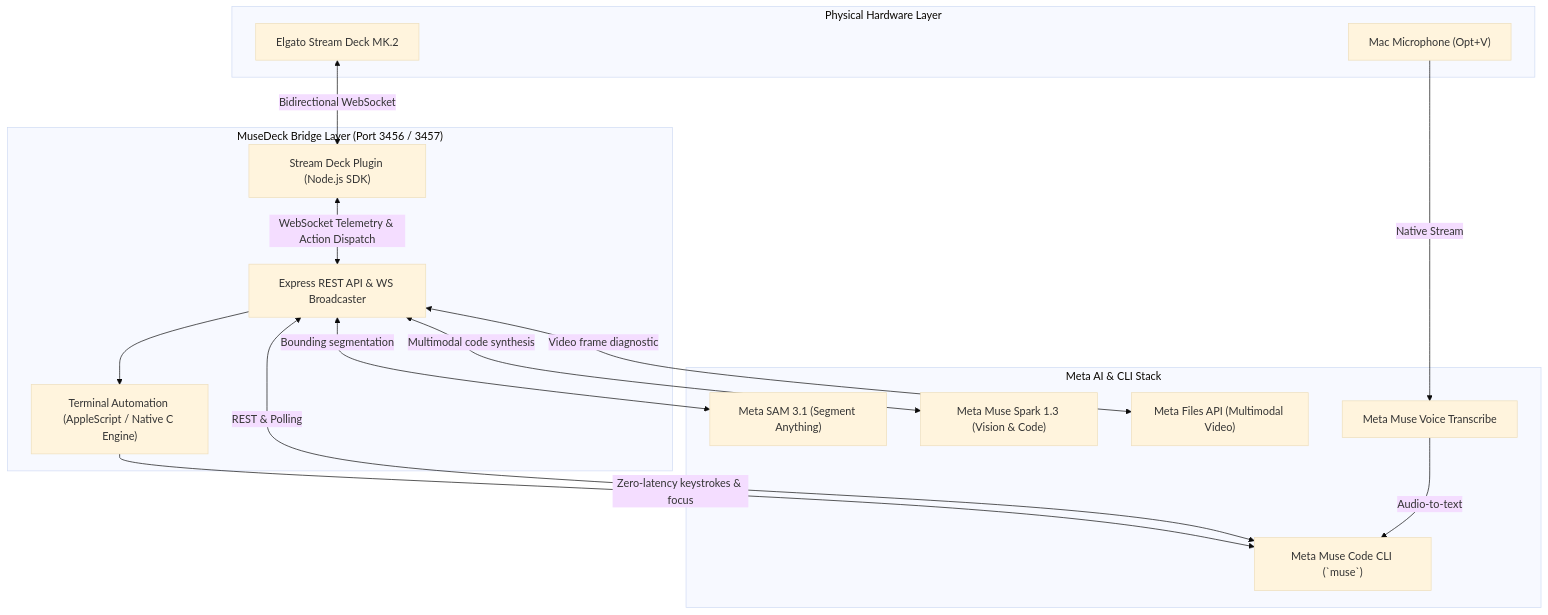
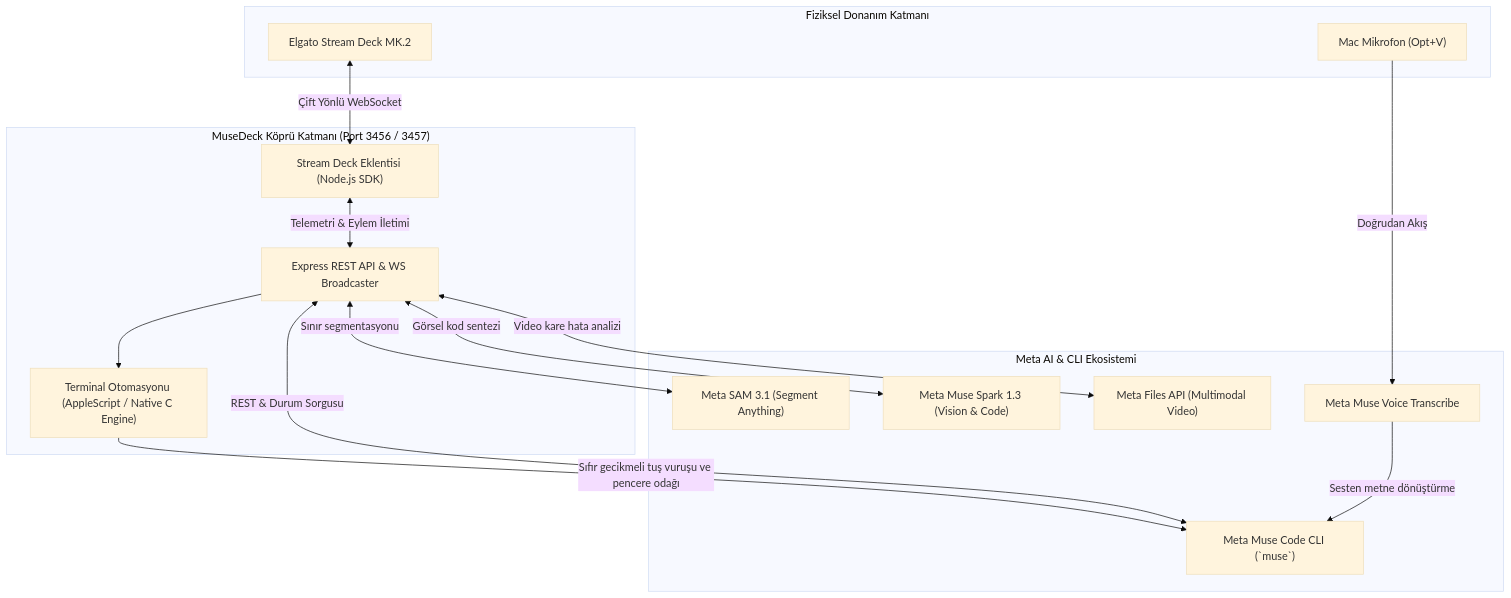
Before and after one commit to memetcircus/musedeck: the first of 3 diagrams in README.md, drawn with Mermaid (base theme). The commit also changed other lines of this file and 5 other files, not shown here.

````diff
--- a/README.md
+++ b/README.md
@@ -82,34 +168,34 @@
 ```mermaid
 flowchart TD
-    subgraph Hardware["Physical Hardware Layer"]
+    subgraph Hardware["Fiziksel Donanım Katmanı"]
         SD["Elgato Stream Deck MK.2"]
-        MIC["Mac Microphone (Opt+V)"]
+        MIC["Mac Mikrofon (Opt+V)"]
     end
 
-    subgraph BridgeLayer["MuseDeck Bridge Layer (Port 3456 / 3457)"]
-        Plugin["Stream Deck Plugin (Node.js SDK)"]
+    subgraph BridgeLayer["MuseDeck Köprü Katmanı (Port 3456 / 3457)"]
+        Plugin["Stream Deck Eklentisi (Node.js SDK)"]
         Server["Express REST API & WS Broadcaster"]
-        Automator["Terminal Automation (AppleScript / Native C Engine)"]
+        Automator["Terminal Otomasyonu (AppleScript / Native C Engine)"]
     end
 
-    subgraph MetaStack["Meta AI & CLI Stack"]
+    subgraph MetaStack["Meta AI & CLI Ekosistemi"]
         MuseCLI["Meta Muse Code CLI (`muse`)"]
         SAM["Meta SAM 3.1 (Segment Anything)"]
         Spark["Meta Muse Spark 1.3 (Vision & Code)"]
         FilesAPI["Meta Files API (Multimodal Video)"]
         VoiceAPI["Meta Muse Voice Transcribe"]
     end
 
-    SD <-->|"Bidirectional WebSocket"| Plugin
-    Plugin <-->|"WebSocket Telemetry & Action Dispatch"| Server
+    SD <-->|"Çift Yönlü WebSocket"| Plugin
+    Plugin <-->|"Telemetri & Eylem İletimi"| Server
     Server --> Automator
-    Automator -->|"Zero-latency keystrokes & focus"| MuseCLI
-    Server <-->|"REST & Polling"| MuseCLI
+    Automator -->|"Sıfır gecikmeli tuş vuruşu ve pencere odağı"| MuseCLI
+    Server <-->|"REST & Durum Sorgusu"| MuseCLI
 
-    MIC -->|"Native Stream"| VoiceAPI
-    VoiceAPI -->|"Audio-to-text"| MuseCLI
+    MIC -->|"Doğrudan Akış"| VoiceAPI
+    VoiceAPI -->|"Sesten metne dönüştürme"| MuseCLI
 
-    Server <-->|"Bounding segmentation"| SAM
-    Server <-->|"Multimodal code synthesis"| Spark
-    Server <-->|"Video frame diagnostic"| FilesAPI
+    Server <-->|"Sınır segmentasyonu"| SAM
+    Server <-->|"Görsel kod sentezi"| Spark
+    Server <-->|"Video kare hata analizi"| FilesAPI
 ```
````
